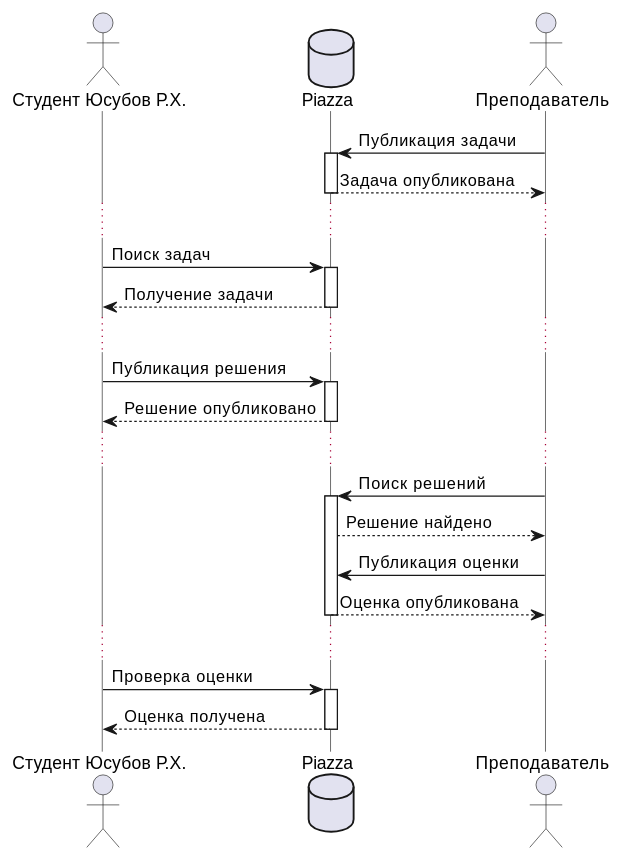
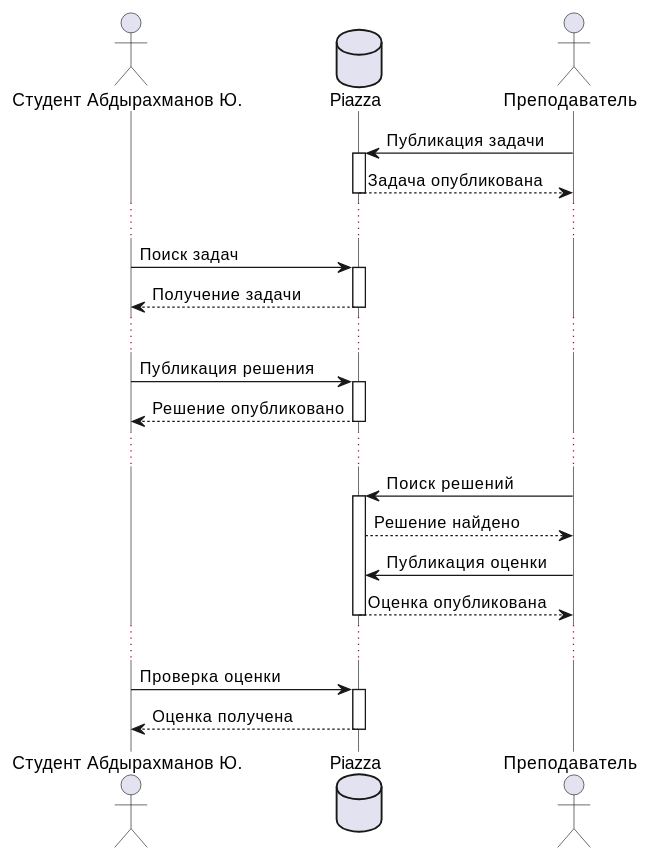
Before and after one commit to Yusi-21/Project: the diagram in Practice/practice_7.md, drawn with PlantUML. The commit also changed other lines of this file, not shown here.

````diff
--- a/Practice/practice_7.md
+++ b/Practice/practice_7.md
@@ -46,35 +46,35 @@
 ```PlantUML
 @startuml
 skinparam lifelineStrategy nosolid
-actor "Студент Юсубов Р.Х." as S
+actor "Студент Абдырахманов Ю." as S
 database Piazza as P
 actor Преподаватель as T
 
 T -> P : Публикация задачи
 activate P
 P --> T : Задача опубликована
 deactivate P
 ...
 S -> P : Поиск задач
 activate P
 P --> S : Получение задачи
 deactivate P
 ...
 S -> P : Публикация решения
 activate P
 P --> S : Решение опубликовано
 deactivate P
 ...
 T -> P : Поиск решений
 activate P
 P --> T : Решение найдено
 T -> P : Публикация оценки
 P --> T : Оценка опубликована
 deactivate P
 ...
 S -> P : Проверка оценки
 activate P
 P --> S : Оценка получена
 deactivate P
 @enduml
 ```
````
